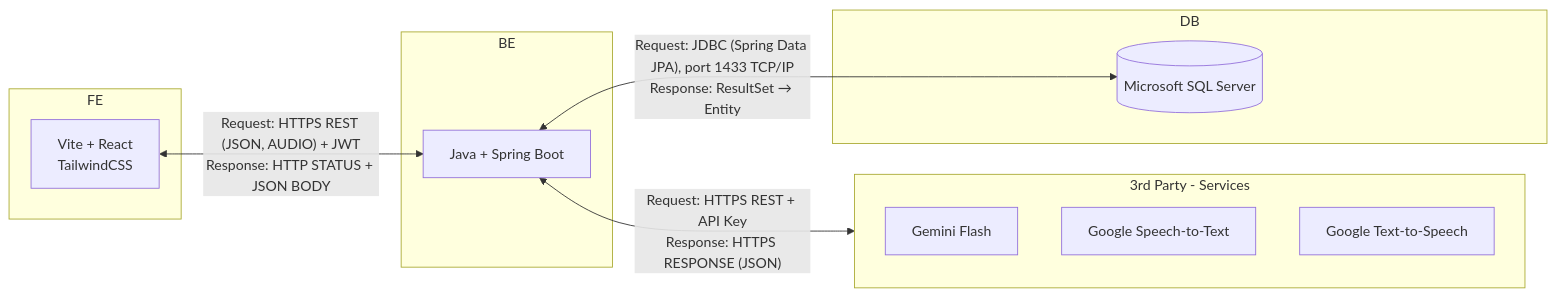
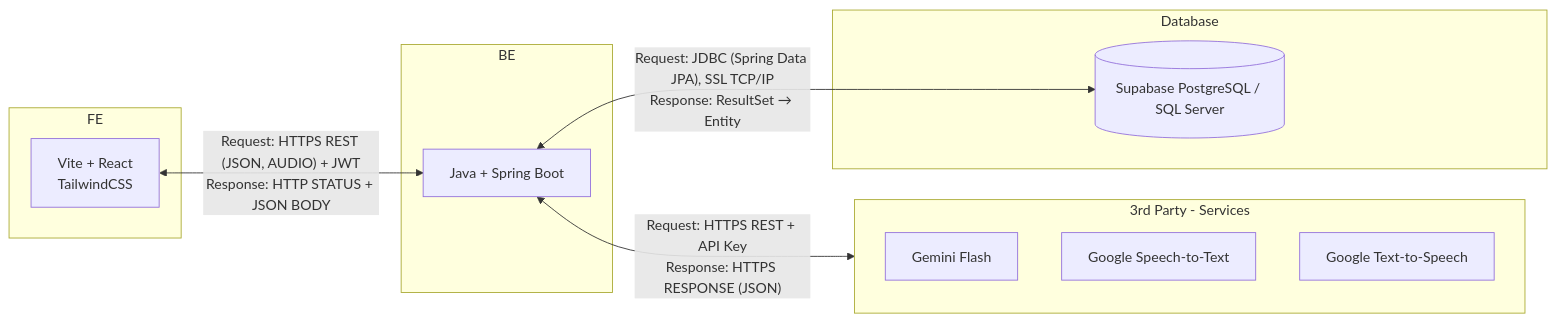
One commit to SWD392-Group-4/AI-powered-Viva-Exam-System changed the first of 2 diagrams in document/02-architecture-design/README.md. Above: the diagram before and after it, drawn with Mermaid. The commit also changed other lines of this file and 2 other files, not shown here.

Commit message:
docs: update ERD and architecture specs for Supabase PostgreSQL and Code-First implementation

````diff
--- a/document/02-architecture-design/README.md
+++ b/document/02-architecture-design/README.md
@@ -15,24 +15,24 @@
 ```mermaid
 flowchart LR
     subgraph FE["FE"]
         REACT["Vite + React<br/>TailwindCSS"]
     end
 
     subgraph BE["BE"]
         SPRING["Java + Spring Boot"]
     end
 
     subgraph EXT["3rd Party - Services"]
         GEMINI["Gemini Flash"]
         STT["Google Speech-to-Text"]
         TTS["Google Text-to-Speech"]
     end
 
-    subgraph DB["DB"]
-        MSSQL[("Microsoft SQL Server")]
+    subgraph DB["Database"]
+        SUPABASE[("Supabase PostgreSQL / SQL Server")]
     end
 
     REACT <-- "Request: HTTPS REST (JSON, AUDIO) + JWT<br/>Response: HTTP STATUS + JSON BODY" --> SPRING
     SPRING <-- "Request: HTTPS REST + API Key<br/>Response: HTTPS RESPONSE (JSON)" --> EXT
-    SPRING <-- "Request: JDBC (Spring Data JPA), port 1433 TCP/IP<br/>Response: ResultSet → Entity" --> MSSQL
+    SPRING <-- "Request: JDBC (Spring Data JPA), SSL TCP/IP<br/>Response: ResultSet → Entity" --> SUPABASE
 ```
````
